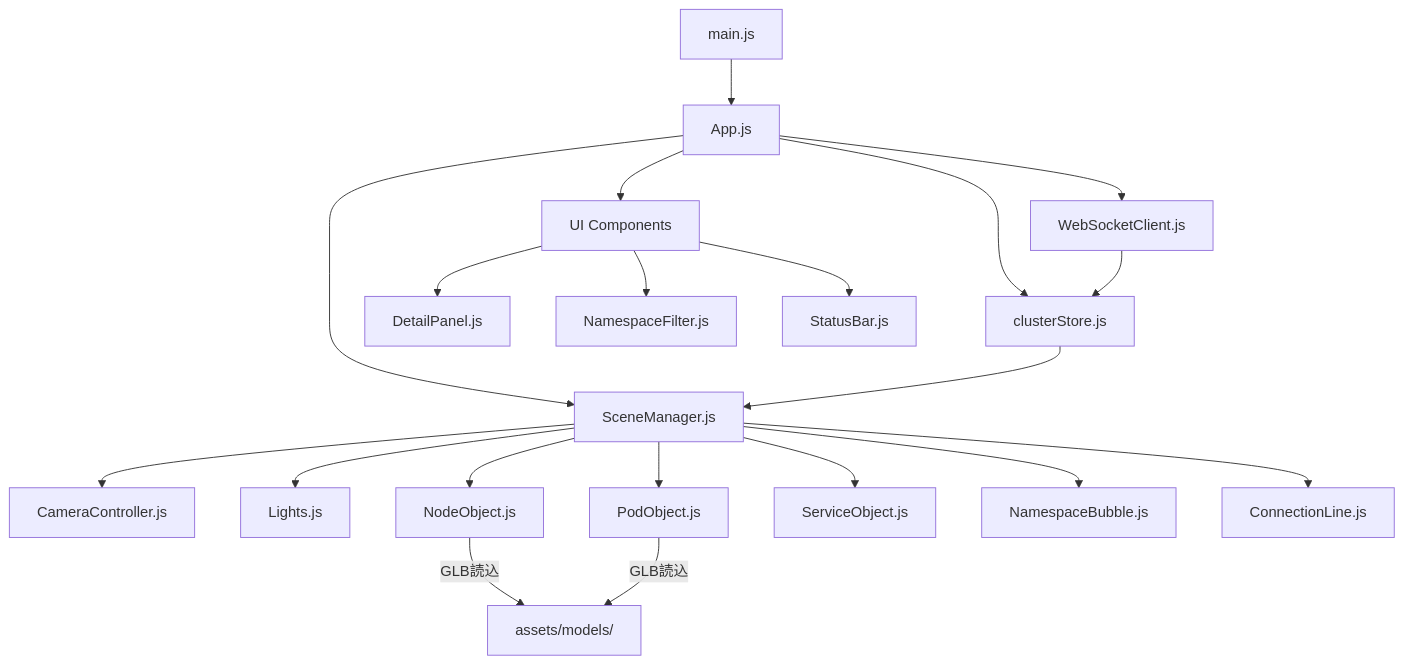
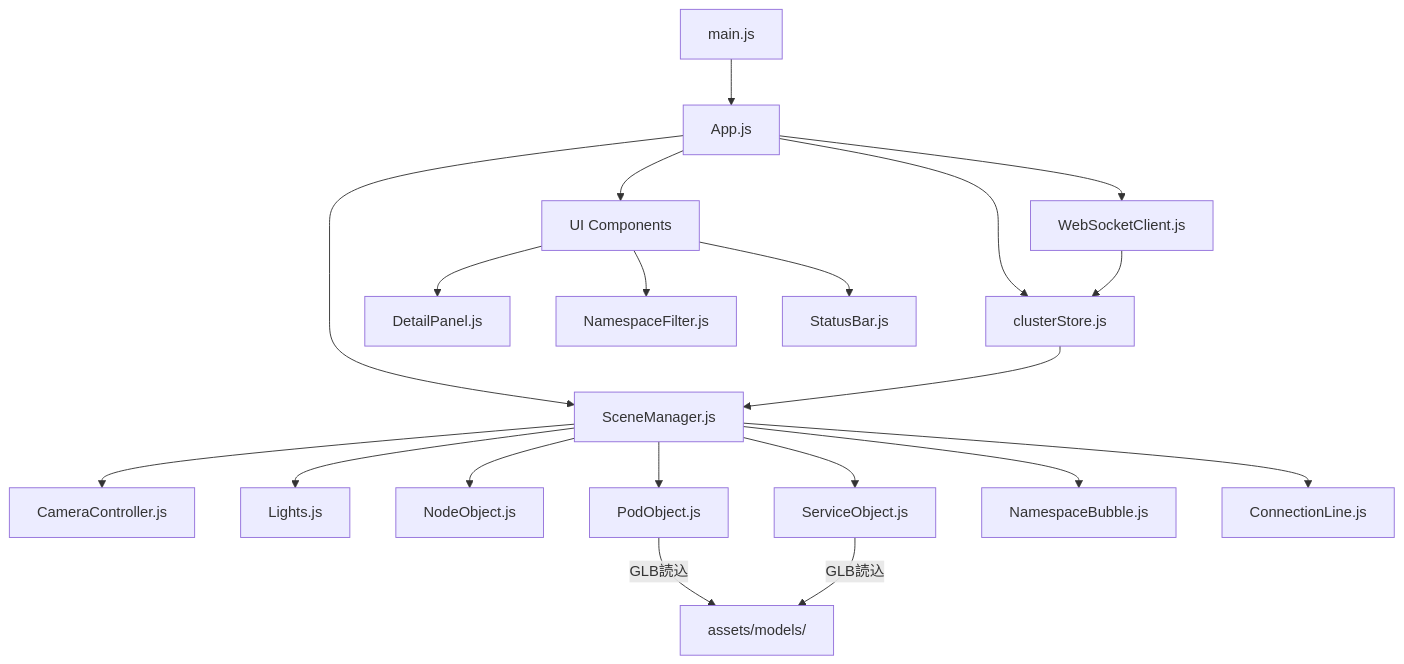
Before and after one commit to AobaIwaki123/k8s-3d-visualizer: the first of 3 diagrams in docs/03_frontend_design.md, drawn with Mermaid. The commit also changed other lines of this file and 1 other file, not shown here.

````diff
--- a/docs/03_frontend_design.md
+++ b/docs/03_frontend_design.md
@@ -44,26 +46,26 @@
 ```mermaid
 graph TD
     main["main.js"] --> App["App.js"]
     App --> SM["SceneManager.js"]
     App --> WS["WebSocketClient.js"]
     App --> Store["clusterStore.js"]
     App --> UI["UI Components"]
 
     SM --> CC["CameraController.js"]
     SM --> Lights["Lights.js"]
     SM --> NO["NodeObject.js"]
     SM --> PO["PodObject.js"]
     SM --> SO["ServiceObject.js"]
     SM --> NB["NamespaceBubble.js"]
     SM --> CL["ConnectionLine.js"]
 
     WS --> Store
     Store --> SM
 
     UI --> DP["DetailPanel.js"]
     UI --> NF["NamespaceFilter.js"]
     UI --> SB["StatusBar.js"]
 
-    NO --> |GLB読込| Assets["assets/models/"]
-    PO --> |GLB読込| Assets
+    PO --> |GLB読込| Assets["assets/models/"]
+    SO --> |GLB読込| Assets
 ```
````
